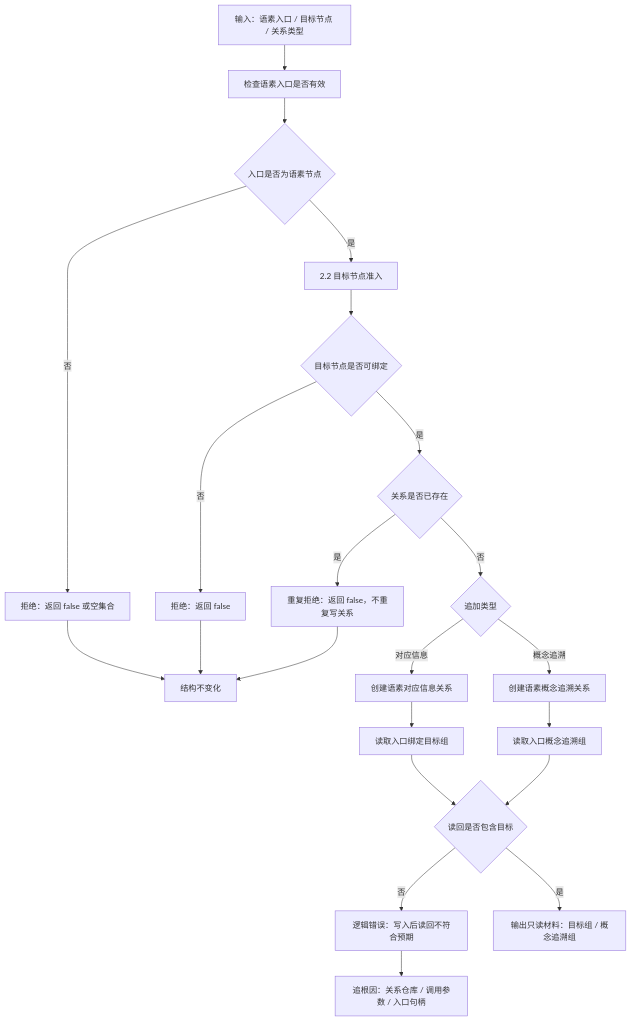
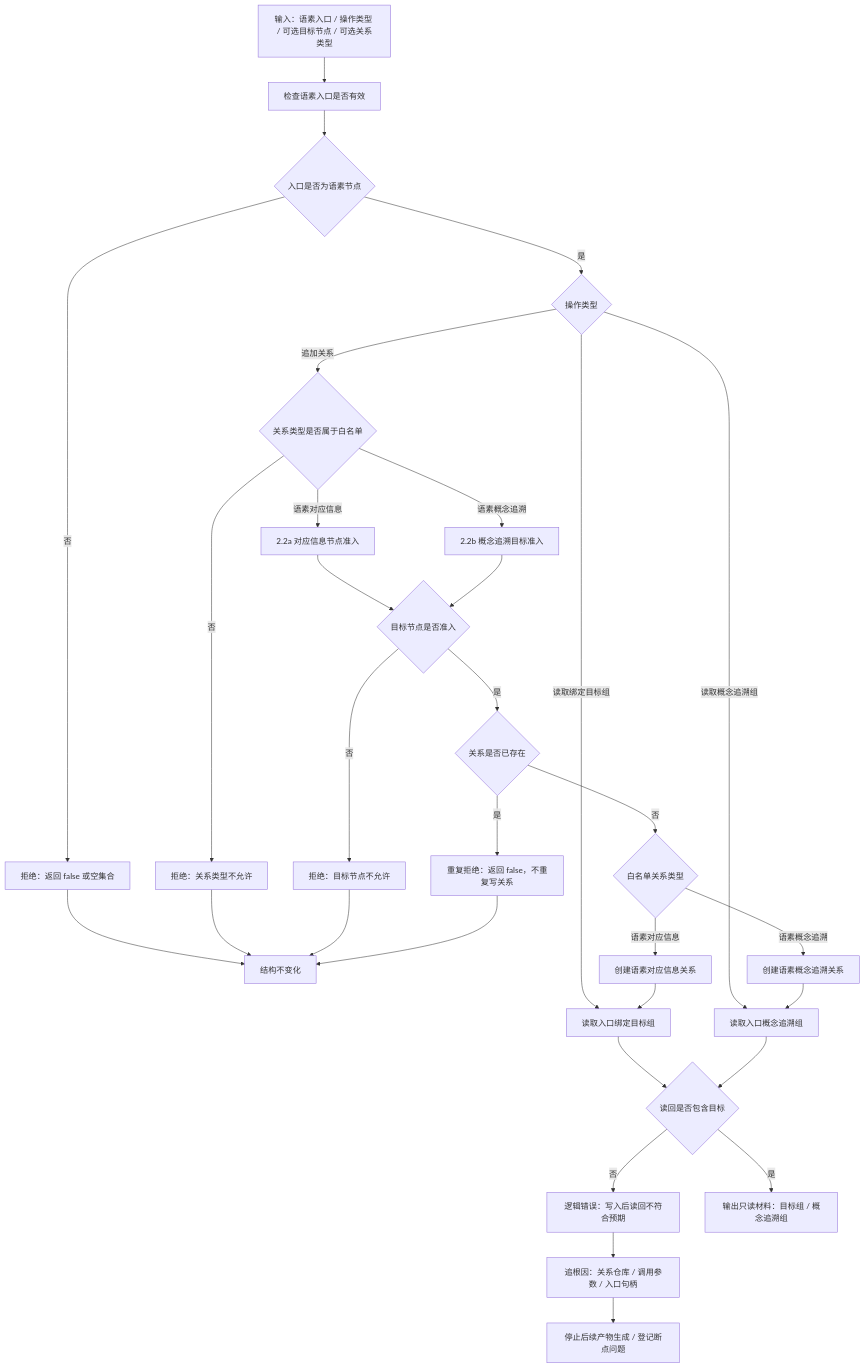
The diagram in 流程图/20260708_语素追加关系与读回验证子流程图_v0.1.md (chunhaizh-cyber/HY-Ego), drawn with Mermaid before and after one commit. The commit also changed other lines of this file and 13 other files, not shown here.

Commit message:
小修语素入口材料流程图

````diff
--- a/流程图/20260708_语素追加关系与读回验证子流程图_v0.1.md
+++ b/流程图/20260708_语素追加关系与读回验证子流程图_v0.1.md
@@ -19,24 +19,33 @@
 ```mermaid
 flowchart TD
-    A["输入：语素入口 / 目标节点 / 关系类型"] --> B["检查语素入口是否有效"]
+    A["输入：语素入口 / 操作类型 / 可选目标节点 / 可选关系类型"] --> B["检查语素入口是否有效"]
     B --> C{"入口是否为语素节点"}
     C -- "否" --> R1["拒绝：返回 false 或空集合"]
     R1 --> X["结构不变化"]
-    C -- "是" --> D["2.2 目标节点准入"]
-    D --> E{"目标节点是否可绑定"}
-    E -- "否" --> R2["拒绝：返回 false"]
+    C -- "是" --> O{"操作类型"}
+    O -- "读取绑定目标组" --> J["读取入口绑定目标组"]
+    O -- "读取概念追溯组" --> K["读取入口概念追溯组"]
+    O -- "追加关系" --> W{"关系类型是否属于白名单"}
+    W -- "否" --> R2["拒绝：关系类型不允许"]
     R2 --> X
+    W -- "语素对应信息" --> D["2.2a 对应信息节点准入"]
+    W -- "语素概念追溯" --> D2["2.2b 概念追溯目标准入"]
+    D --> E{"目标节点是否准入"}
+    D2 --> E
+    E -- "否" --> R6["拒绝：目标节点不允许"]
+    R6 --> X
     E -- "是" --> F{"关系是否已存在"}
     F -- "是" --> R3["重复拒绝：返回 false，不重复写关系"]
     R3 --> X
-    F -- "否" --> G{"追加类型"}
-    G -- "对应信息" --> H["创建语素对应信息关系"]
-    G -- "概念追溯" --> I["创建语素概念追溯关系"]
+    F -- "否" --> G{"白名单关系类型"}
+    G -- "语素对应信息" --> H["创建语素对应信息关系"]
+    G -- "语素概念追溯" --> I["创建语素概念追溯关系"]
     H --> J["读取入口绑定目标组"]
     I --> K["读取入口概念追溯组"]
     J --> L{"读回是否包含目标"}
     K --> L
     L -- "否" --> R4["逻辑错误：写入后读回不符合预期"]
     R4 --> R5["追根因：关系仓库 / 调用参数 / 入口句柄"]
+    R5 --> STOP["停止后续产物生成 / 登记断点问题"]
     L -- "是" --> S["输出只读材料：目标组 / 概念追溯组"]
 ```
````
